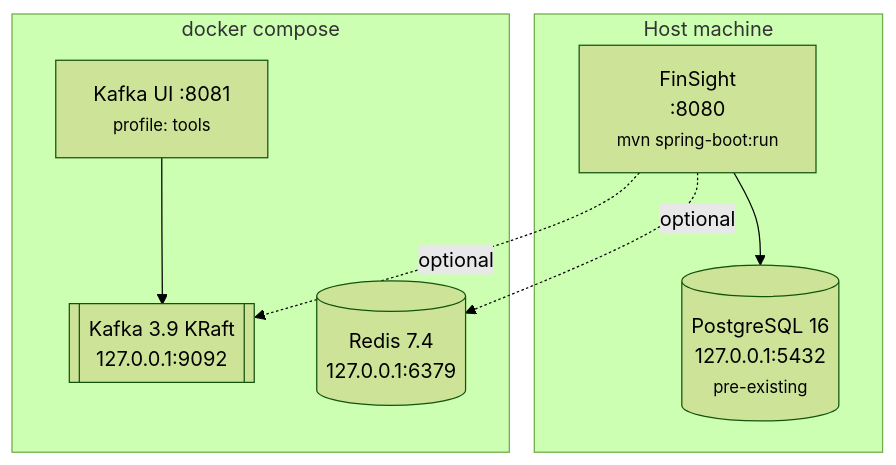
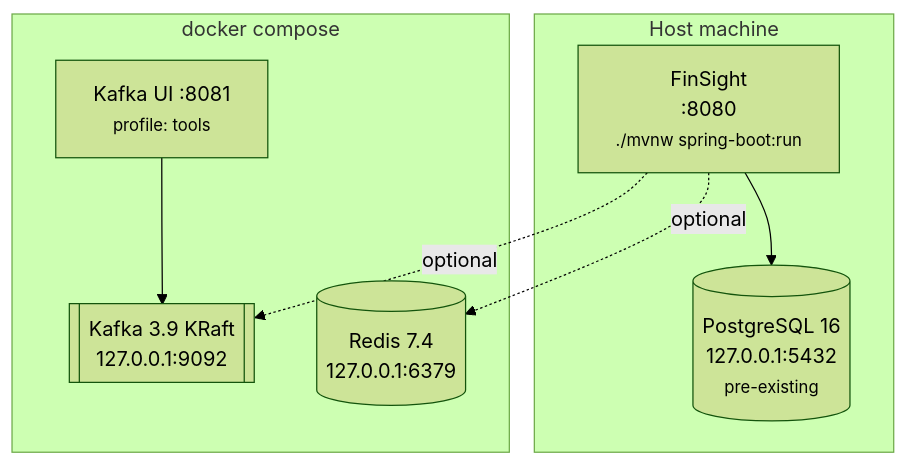
Before and after one commit to bhaveshbokde/finsight-financial-backend: the first of 2 diagrams in docs/11-DOCKER-AND-DEPLOYMENT.md, drawn with Mermaid (forest theme). The commit also changed other lines of this file and 21 other files, not shown here.

````diff
--- a/docs/11-DOCKER-AND-DEPLOYMENT.md
+++ b/docs/11-DOCKER-AND-DEPLOYMENT.md
@@ -23,16 +22,16 @@
 ```mermaid
 graph TB
     subgraph Host["Host machine"]
         PG[("PostgreSQL 16<br/>127.0.0.1:5432<br/><small>pre-existing</small>")]
-        App["FinSight<br/>:8080<br/><small>mvn spring-boot:run</small>"]
+        App["FinSight<br/>:8080<br/><small>./mvnw spring-boot:run</small>"]
     end
     subgraph Compose["docker compose"]
         R[("Redis 7.4<br/>127.0.0.1:6379")]
         K[["Kafka 3.9 KRaft<br/>127.0.0.1:9092"]]
         UI["Kafka UI :8081<br/><small>profile: tools</small>"]
     end
     App --> PG
     App -.optional.-> R
     App -.optional.-> K
     UI --> K
 ```
````
